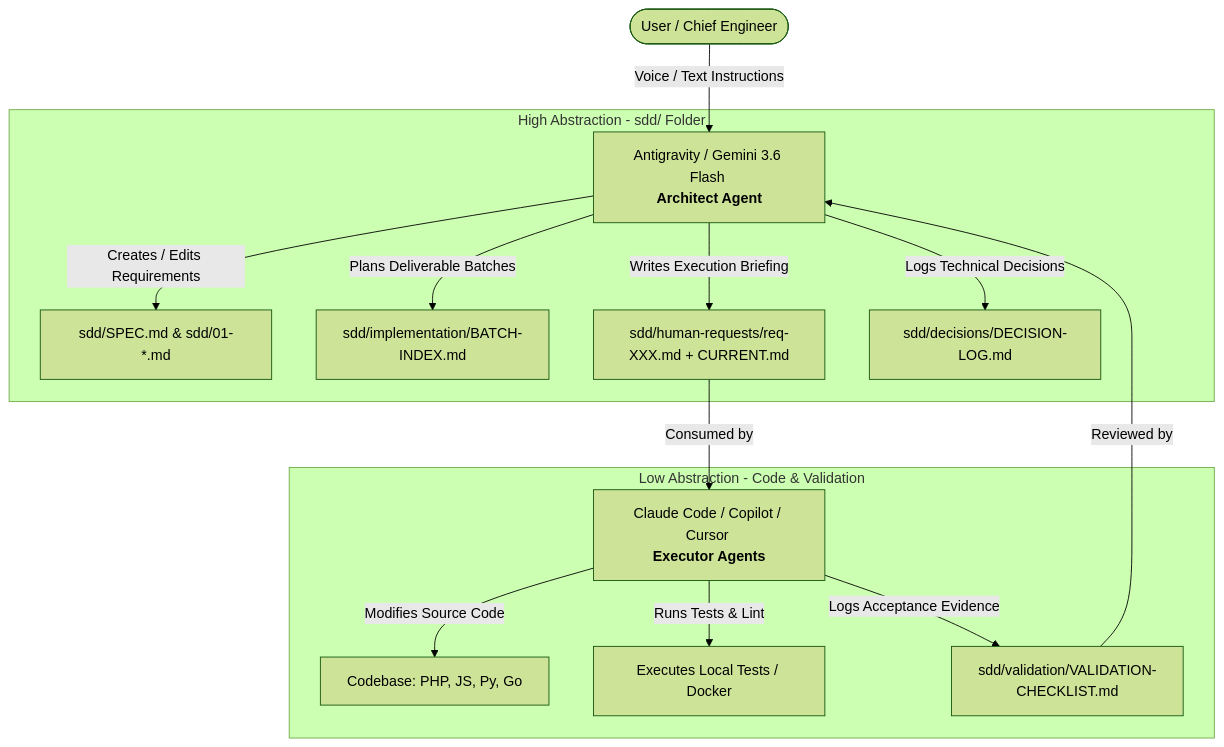
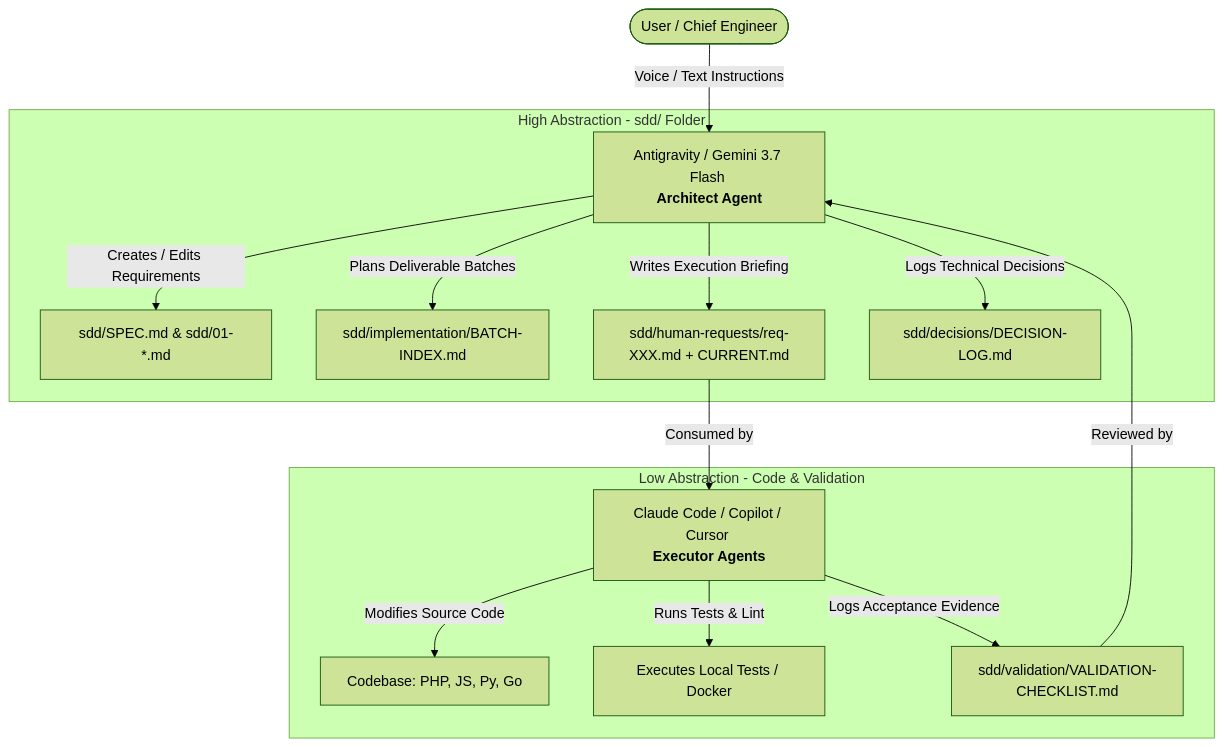
Before and after one commit to otavioserra/conn2flow-ai-workspace: the diagram in README.md, drawn with Mermaid (forest theme). The commit also changed other lines of this file and 1 other file, not shown here.

Commit message:
docs(readme): upgrade Architect agent engine to Gemini 3.7 Flash in README and diagrams
- Updated Mermaid diagram and role descriptions from Gemini 3.6 Flash to Gemini 3.7 Flash.

````diff
--- a/README.md
+++ b/README.md
@@ -13,21 +13,21 @@
 ```mermaid
 graph TD
-    User([User / Chief Engineer]) -->|Voice / Text Instructions| Architect[Antigravity / Gemini 3.6 Flash <br/><b>Architect Agent</b>]
+    User([User / Chief Engineer]) -->|Voice / Text Instructions| Architect[Antigravity / Gemini 3.7 Flash <br/><b>Architect Agent</b>]
     
     subgraph High Abstraction - sdd/ Folder
         Architect -->|Creates / Edits Requirements| Specs[sdd/SPEC.md & sdd/01-*.md]
         Architect -->|Plans Deliverable Batches| Batches[sdd/implementation/BATCH-INDEX.md]
         Architect -->|Writes Execution Briefing| Brief[sdd/human-requests/req-XXX.md + CURRENT.md]
         Architect -->|Logs Technical Decisions| Decisions[sdd/decisions/DECISION-LOG.md]
     end
 
     Brief -->|Consumed by| Executor[Claude Code / Copilot / Cursor <br/><b>Executor Agents</b>]
 
     subgraph Low Abstraction - Code & Validation
         Executor -->|Modifies Source Code| SrcCode[Codebase: PHP, JS, Py, Go]
         Executor -->|Runs Tests & Lint| Tests[Executes Local Tests / Docker]
         Executor -->|Logs Acceptance Evidence| Validation[sdd/validation/VALIDATION-CHECKLIST.md]
     end
 
     Validation -->|Reviewed by| Architect
 ```
````
